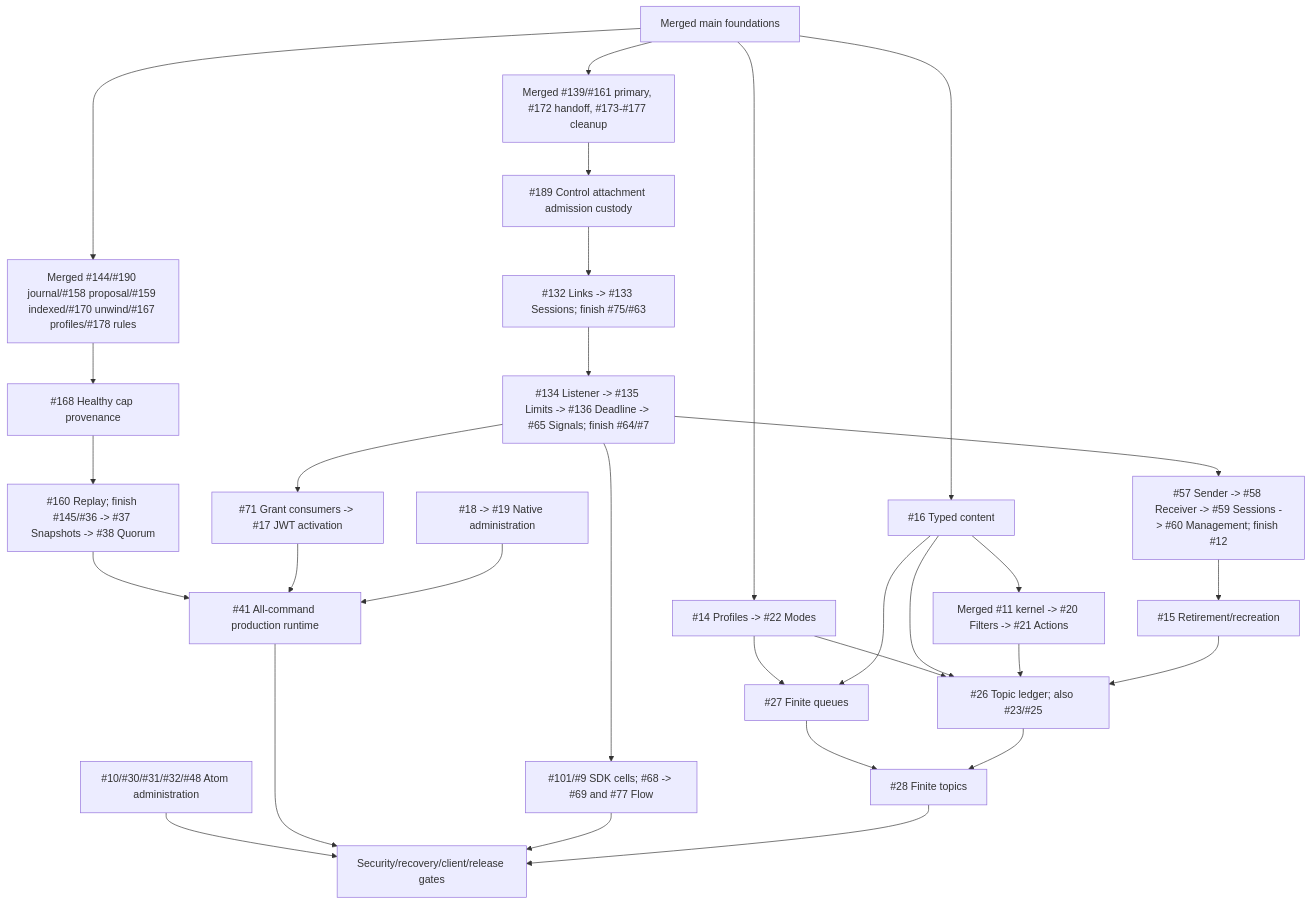
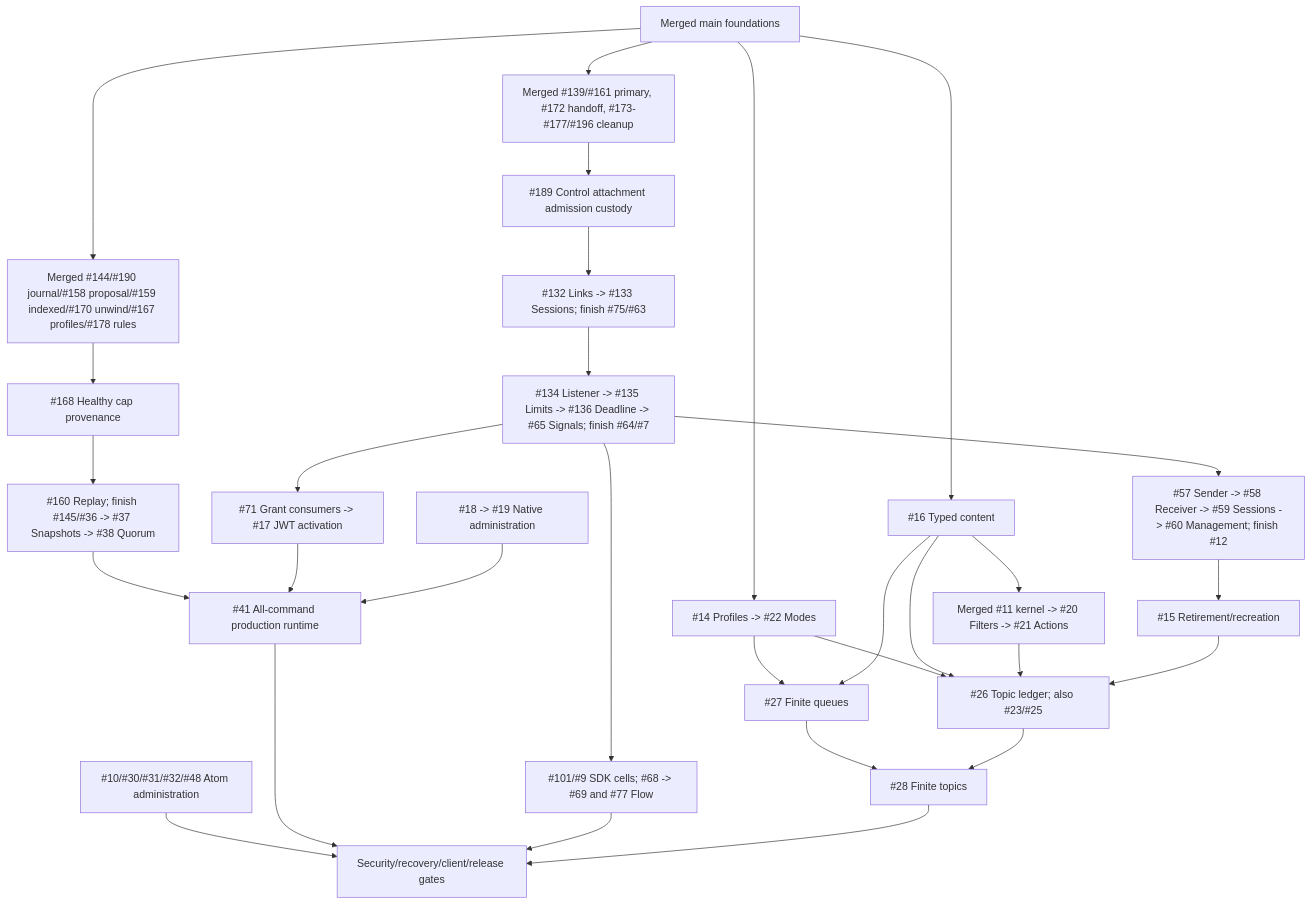
The diagram in docs/roadmap.md (DeandreT/switchyard), drawn with Mermaid before and after one commit. The commit also changed other lines of this file and 4 other files, not shown here.

````diff
--- a/docs/roadmap.md
+++ b/docs/roadmap.md
@@ -53,32 +54,32 @@
 ```mermaid
 flowchart TD
-    Main["Merged main foundations"] --> Lifecycle["Merged #139/#161 primary, #172 handoff, #173-#177 cleanup"]
+    Main["Merged main foundations"] --> Lifecycle["Merged #139/#161 primary, #172 handoff, #173-#177/#196 cleanup"]
     Lifecycle --> Control["#189 Control attachment admission custody"]
     Control --> Families["#132 Links -> #133 Sessions; finish #75/#63"]
     Families --> Shutdown["#134 Listener -> #135 Limits -> #136 Deadline -> #65 Signals; finish #64/#7"]
     Shutdown --> Authority["#57 Sender -> #58 Receiver -> #59 Sessions -> #60 Management; finish #12"]
     Authority --> Delete["#15 Retirement/recreation"]
     Shutdown --> Grants["#71 Grant consumers -> #17 JWT activation"]
     Shutdown --> Clients["#101/#9 SDK cells; #68 -> #69 and #77 Flow"]
     Main --> Profiles["#14 Profiles -> #22 Modes"]
     Main --> Content["#16 Typed content"]
     Content --> Rules["Merged #11 kernel -> #20 Filters -> #21 Actions"]
     Profiles --> Queues["#27 Finite queues"]
     Content --> Queues
     Profiles --> Ledger["#26 Topic ledger; also #23/#25"]
     Content --> Ledger
     Rules --> Ledger
     Delete --> Ledger
     Queues --> Topics["#28 Finite topics"]
     Ledger --> Topics
     Main --> Durable["Merged #144/#190 journal/#158 proposal/#159 indexed/#170 unwind/#167 profiles/#178 rules"]
     Durable --> Integrity["#168 Healthy cap provenance"]
     Integrity --> Replay["#160 Replay; finish #145/#36 -> #37 Snapshots -> #38 Quorum"]
     Replay --> Runtime["#41 All-command production runtime"]
     Grants --> Runtime
     Native["#18 -> #19 Native administration"] --> Runtime
     Atom["#10/#30/#31/#32/#48 Atom administration"] --> Gates["Security/recovery/client/release gates"]
     Runtime --> Gates
     Clients --> Gates
     Topics --> Gates
 ```
````
